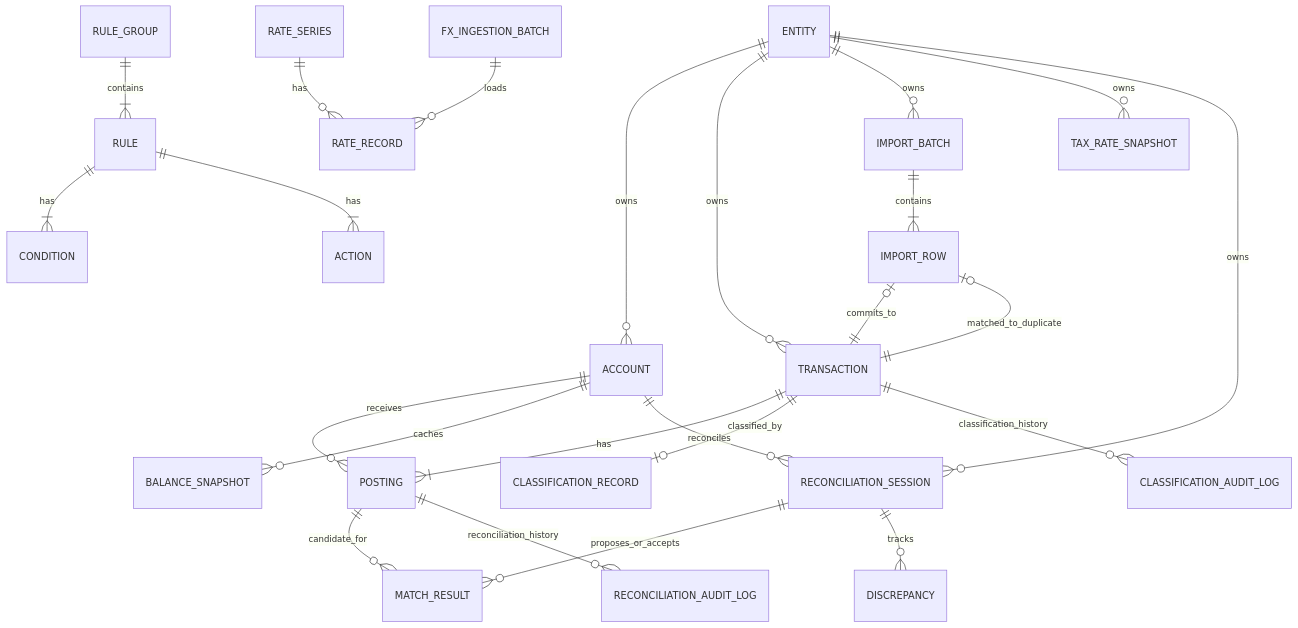
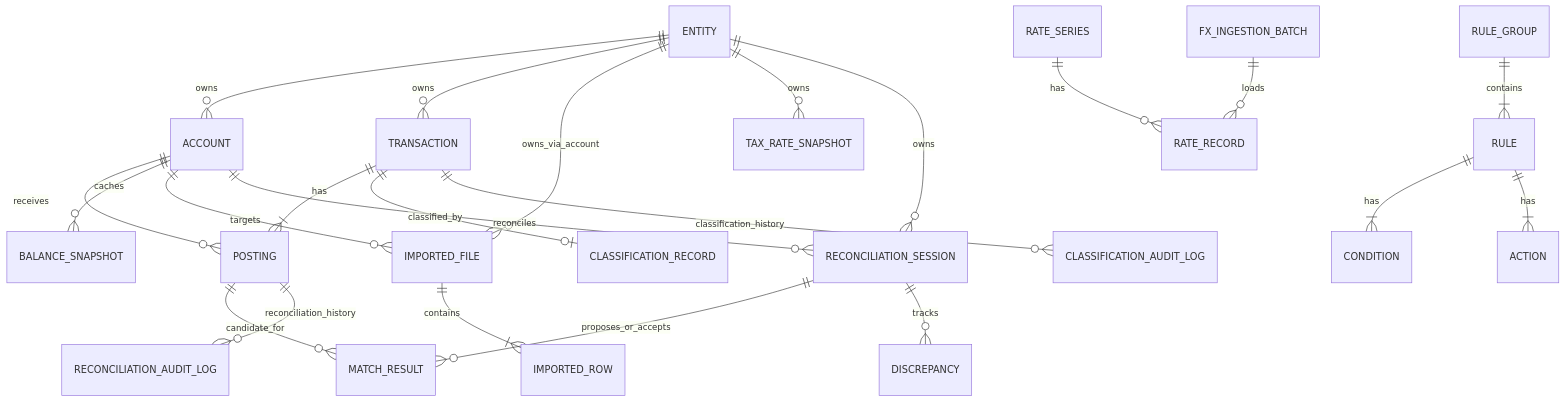
The second of 2 diagrams in docs/domain-model.md (mberrueta/aurum-finance), drawn with Mermaid before and after one commit. The commit also changed other lines of this file and 73 other files, not shown here.

````diff
--- a/docs/domain-model.md
+++ b/docs/domain-model.md
@@ -125,30 +124,29 @@
 ```mermaid
 erDiagram
     ENTITY ||--o{ ACCOUNT : owns
     ENTITY ||--o{ TRANSACTION : owns
     TRANSACTION ||--|{ POSTING : has
     ACCOUNT ||--o{ POSTING : receives
     ACCOUNT ||--o{ BALANCE_SNAPSHOT : caches
 
-    ENTITY ||--o{ IMPORT_BATCH : owns
-    IMPORT_BATCH ||--|{ IMPORT_ROW : contains
-    IMPORT_ROW o|--|| TRANSACTION : commits_to
-    IMPORT_ROW o|--|| TRANSACTION : matched_to_duplicate
+    ENTITY ||--o{ IMPORTED_FILE : owns_via_account
+    ACCOUNT ||--o{ IMPORTED_FILE : targets
+    IMPORTED_FILE ||--|{ IMPORTED_ROW : contains
 
     RULE_GROUP ||--|{ RULE : contains
     RULE ||--|{ CONDITION : has
     RULE ||--|{ ACTION : has
     TRANSACTION ||--o| CLASSIFICATION_RECORD : classified_by
     TRANSACTION ||--o{ CLASSIFICATION_AUDIT_LOG : classification_history
 
     RATE_SERIES ||--o{ RATE_RECORD : has
     FX_INGESTION_BATCH ||--o{ RATE_RECORD : loads
     ENTITY ||--o{ TAX_RATE_SNAPSHOT : owns
 
     ENTITY ||--o{ RECONCILIATION_SESSION : owns
     ACCOUNT ||--o{ RECONCILIATION_SESSION : reconciles
     RECONCILIATION_SESSION ||--o{ MATCH_RESULT : proposes_or_accepts
     RECONCILIATION_SESSION ||--o{ DISCREPANCY : tracks
     POSTING ||--o{ MATCH_RESULT : candidate_for
     POSTING ||--o{ RECONCILIATION_AUDIT_LOG : reconciliation_history
 ```
````
